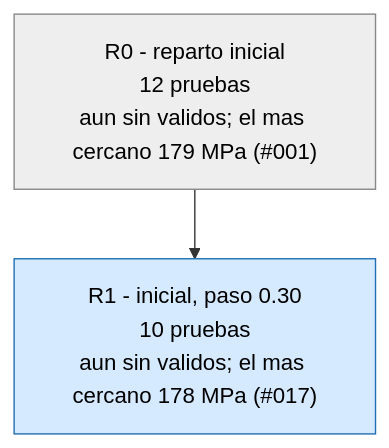
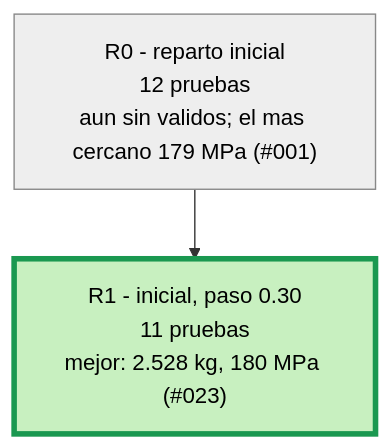
The second of 3 diagrams in runs/opt_37800N/ARBOL.md (Hugiko/msd-soporte-optimizacion), drawn with Mermaid before and after one commit. The commit also changed 43 other files, not shown here.

Commit message:
NUEVO MEJOR DISENO: 2.528 kg, 180 MPa (Refuerzo + vaciado 023)

````diff
--- a/runs/opt_37800N/ARBOL.md
+++ b/runs/opt_37800N/ARBOL.md
@@ -21,9 +21,9 @@
 ```mermaid
 graph TD
 classDef activa fill:#d6eaff,stroke:#1f6fb5,color:#000
 classDef fin fill:#eeeeee,stroke:#888,color:#000
 classDef mejor fill:#c8f0c0,stroke:#1a9850,stroke-width:4px,color:#000
 R0["R0 - reparto inicial<br/>12 pruebas<br/>aun sin validos; el mas cercano 179 MPa (#001)"]:::fin
-R1["R1 - inicial, paso 0.30<br/>10 pruebas<br/>aun sin validos; el mas cercano 178 MPa (#017)"]:::activa
+R1["R1 - inicial, paso 0.30<br/>11 pruebas<br/>mejor: 2.528 kg, 180 MPa (#023)"]:::mejor
 R0 --> R1
 ```
````
